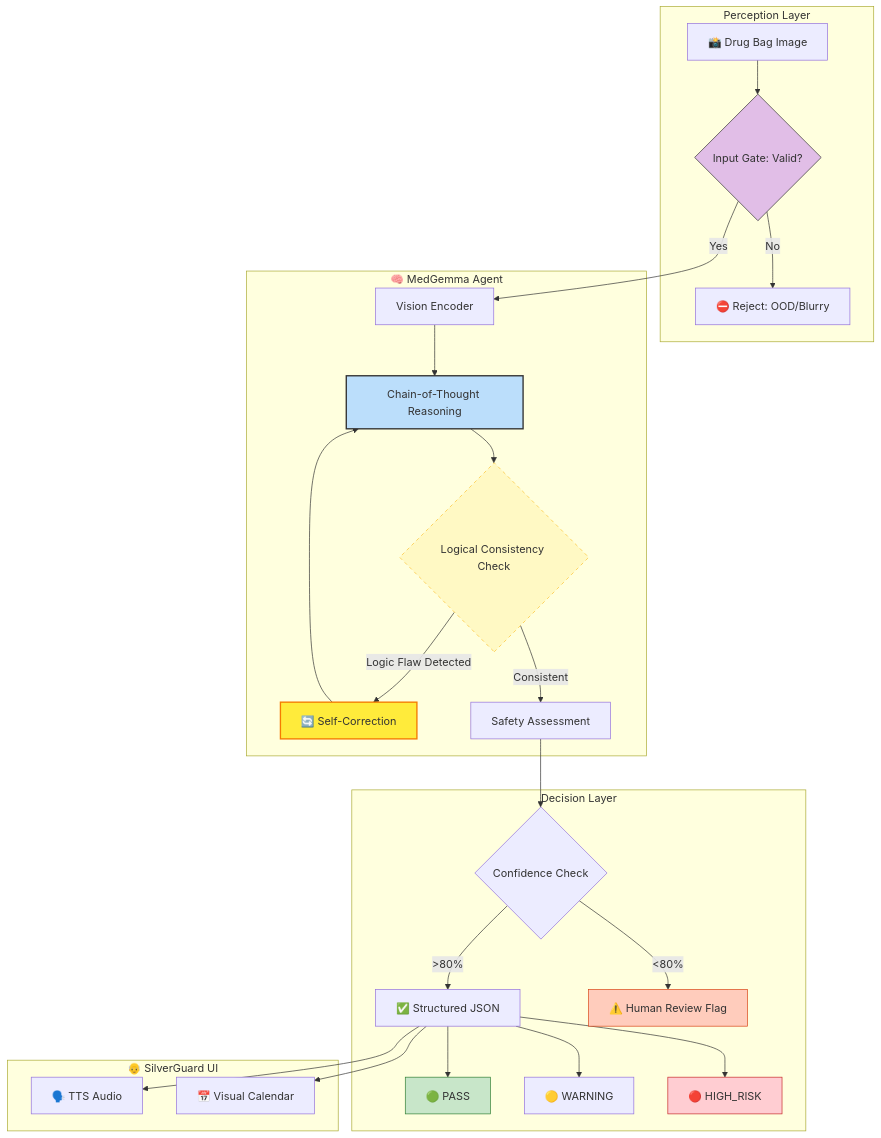
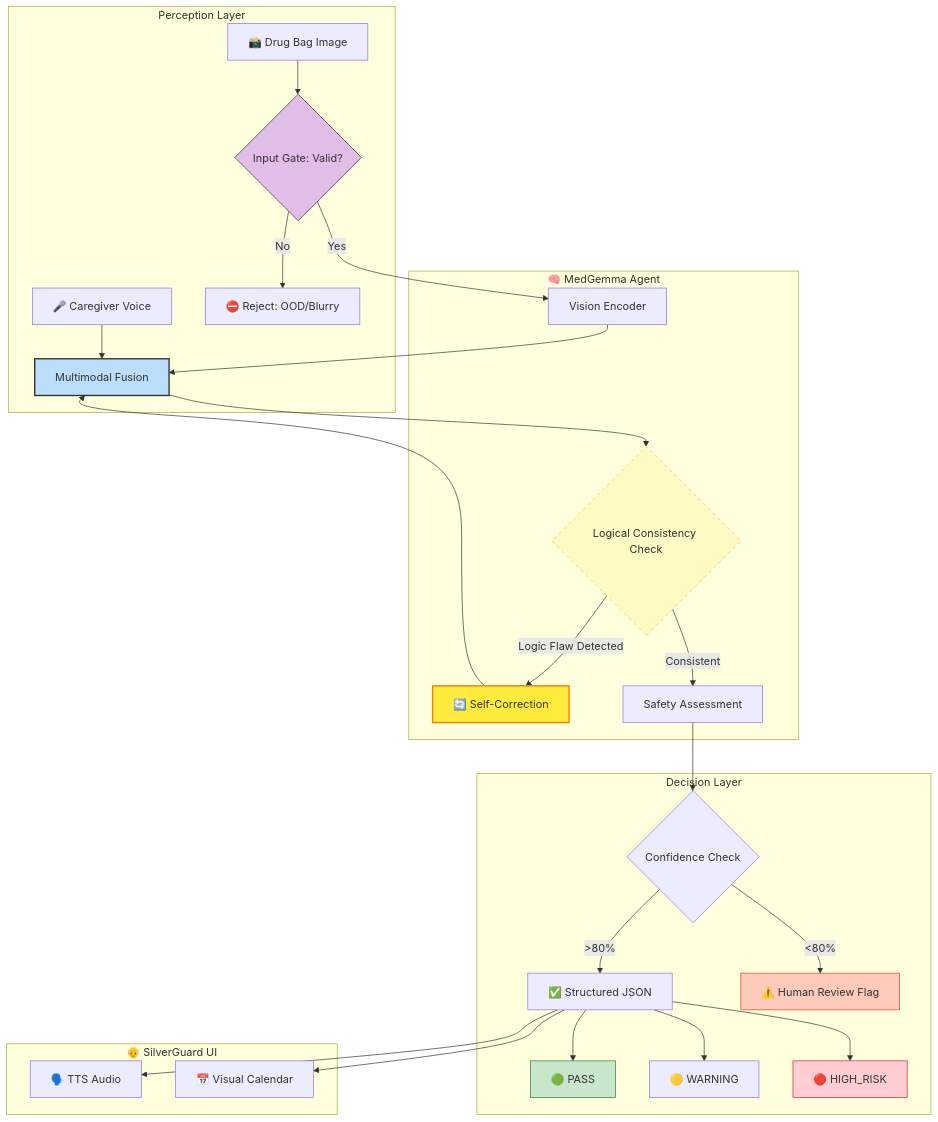
Before and after one commit to mark941108/SilverGuard_CDS: the diagram in README.md, drawn with Mermaid. The commit also changed other lines of this file, not shown here.

Commit message:
Docs: Update README with V8 Multimodal Agent and Taiwan Standards

````diff
--- a/README.md
+++ b/README.md
@@ -210,39 +211,40 @@
 ```mermaid
 graph TD
     subgraph Perception["Perception Layer"]
         A["📸 Drug Bag Image"] --> B{"Input Gate: Valid?"}
+        V["🎤 Caregiver Voice"] --> D["Multimodal Fusion"]
         B -- No --> X["⛔ Reject: OOD/Blurry"]
     end
 
     subgraph Reasoning["🧠 MedGemma Agent"]
         B -- Yes --> C["Vision Encoder"]
-        C --> D["Chain-of-Thought Reasoning"]
+        C --> D
         D --> E{"Logical Consistency Check"}
         E -- "Logic Flaw Detected" --> F["🔄 Self-Correction"]
         F --> D
         E -- "Consistent" --> G["Safety Assessment"]
     end
 
     subgraph Action["Decision Layer"]
         G --> H{"Confidence Check"}
         H -- ">80%" --> I["✅ Structured JSON"]
         H -- "<80%" --> J["⚠️ Human Review Flag"]
         
         I --> K["🟢 PASS"]
         I --> L["🟡 WARNING"]
         I --> M["🔴 HIGH_RISK"]
     end
 
     subgraph Impact["👴 SilverGuard UI"]
         I --> N["🗣️ TTS Audio"]
         I --> O["📅 Visual Calendar"]
     end
 
     style B fill:#e1bee7,stroke:#333
     style D fill:#bbdefb,stroke:#333,stroke-width:2px
     style E fill:#fff9c4,stroke:#fbc02d,stroke-dasharray:5 5
     style F fill:#ffeb3b,stroke:#f57c00,stroke-width:2px
     style J fill:#ffccbc,stroke:#d84315
     style M fill:#ffcdd2,stroke:#c62828
     style K fill:#c8e6c9,stroke:#2e7d32
 ```
````
